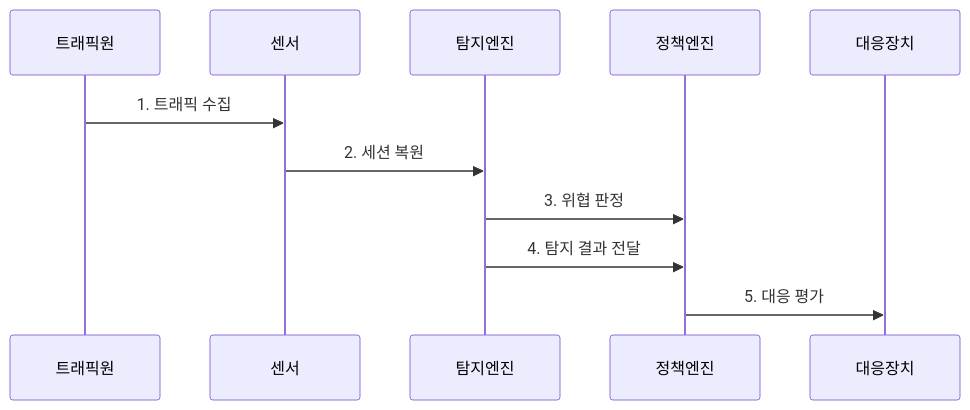
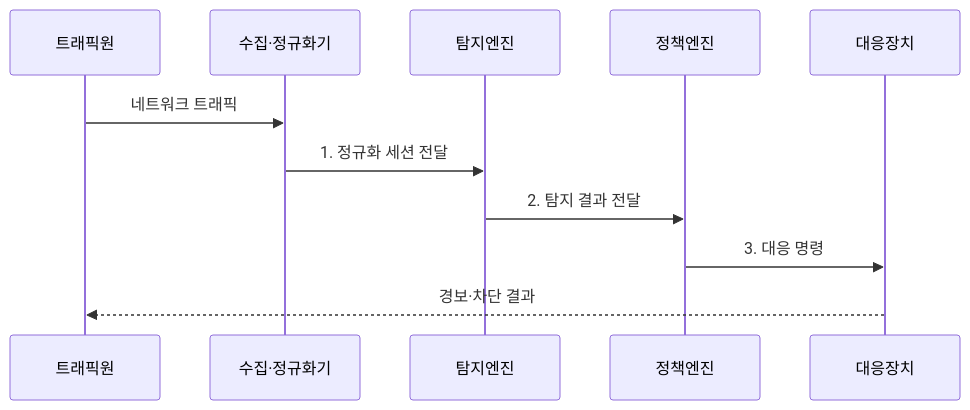
The second of 2 diagrams in src/content/docs/notes/04-network/021_ids_ips.md (agnusdei1207/knowledge-base), drawn with Mermaid before and after one commit. The commit also changed other lines of this file and 20 other files, not shown here.

````diff
--- a/src/content/docs/notes/04-network/021_ids_ips.md
+++ b/src/content/docs/notes/04-network/021_ids_ips.md
@@ -86,13 +84,13 @@
 ```mermaid
 sequenceDiagram
     participant 트래픽원
-    participant 센서
+    participant 수집정규화기 as 수집·정규화기
     participant 탐지엔진
     participant 정책엔진
     participant 대응장치
-    트래픽원->>센서: 1. 트래픽 수집
-    센서->>탐지엔진: 2. 세션 복원
-    탐지엔진->>정책엔진: 3. 위협 판정
-    탐지엔진->>정책엔진: 4. 탐지 결과 전달
-    정책엔진->>대응장치: 5. 대응 평가
+    트래픽원->>수집정규화기: 네트워크 트래픽
+    수집정규화기->>탐지엔진: 1. 정규화 세션 전달
+    탐지엔진->>정책엔진: 2. 탐지 결과 전달
+    정책엔진->>대응장치: 3. 대응 명령
+    대응장치-->>트래픽원: 경보·차단 결과
 ```
````
